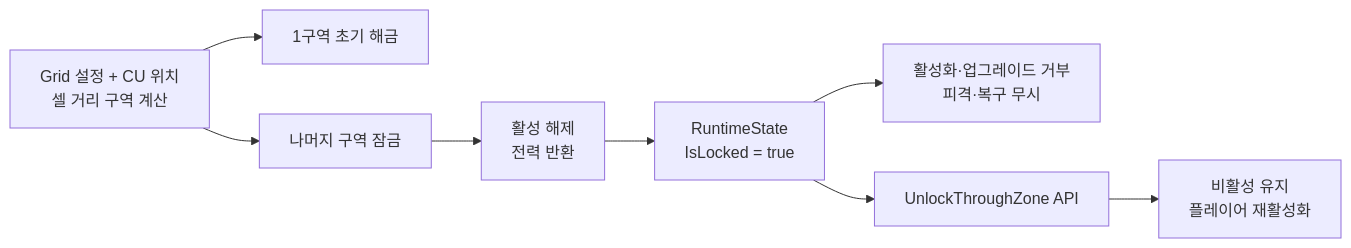
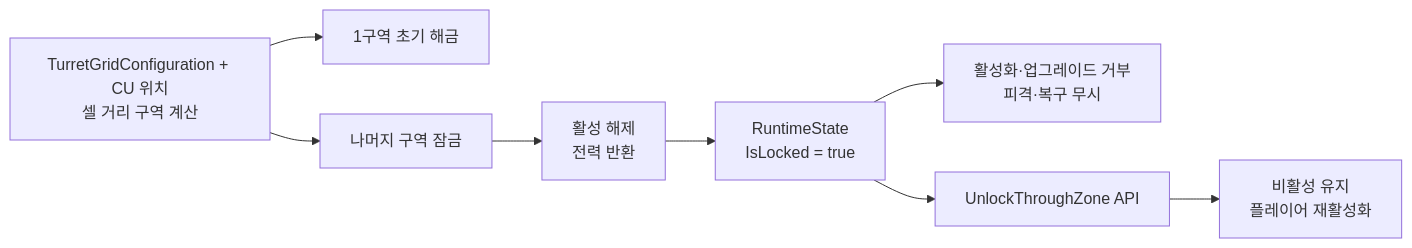
One commit to Team-HJD-21/unity-6-the-developer changed diagram 13 of 16 in Docs/architecture/turret-system-guide.md. Above: the diagram before and after it, drawn with Mermaid. The commit also changed other lines of this file and 8 other files, not shown here.

Commit message:
feat(turret): use dedicated unlock grid

````diff
--- a/Docs/architecture/turret-system-guide.md
+++ b/Docs/architecture/turret-system-guide.md
@@ -577,10 +579,10 @@
 ```mermaid
 flowchart LR
-    Grid["Grid 설정 + CU 위치<br>셀 거리 구역 계산"] --> First["1구역 초기 해금"]
+    Grid["TurretGridConfiguration + CU 위치<br>셀 거리 구역 계산"] --> First["1구역 초기 해금"]
     Grid --> Lock["나머지 구역 잠금"]
     Lock --> Off["활성 해제<br>전력 반환"]
     Off --> State["RuntimeState<br>IsLocked = true"]
     State --> Reject["활성화·업그레이드 거부<br>피격·복구 무시"]
     State --> Unlock["UnlockThroughZone API"]
     Unlock --> Wait["비활성 유지<br>플레이어 재활성화"]
 ```
````
